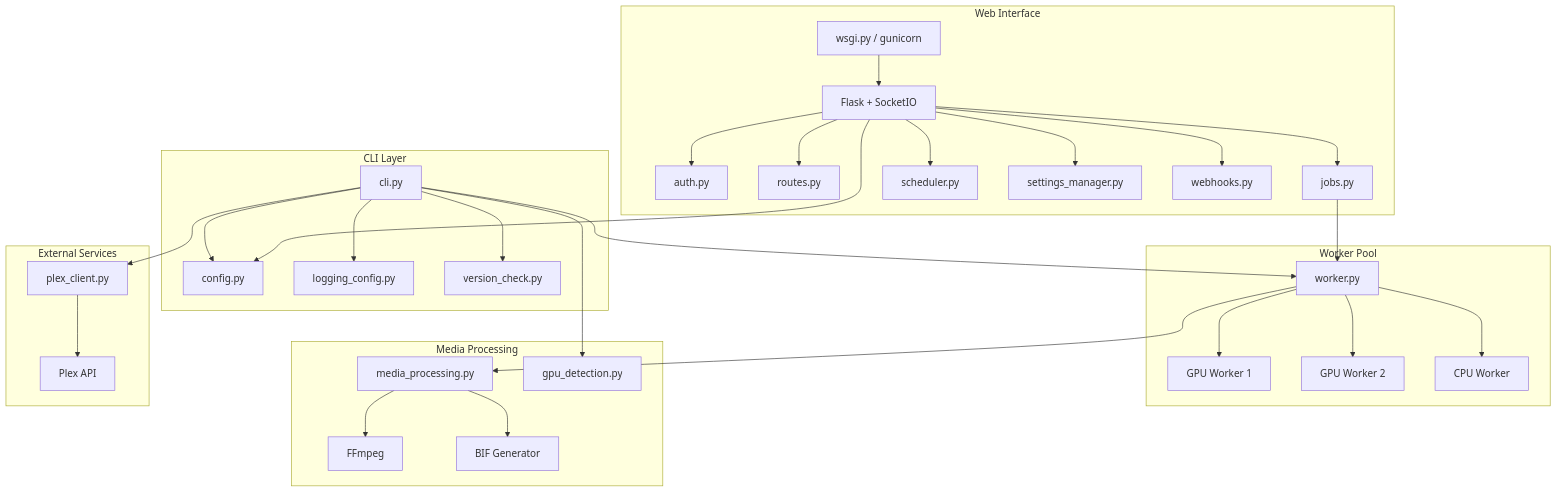
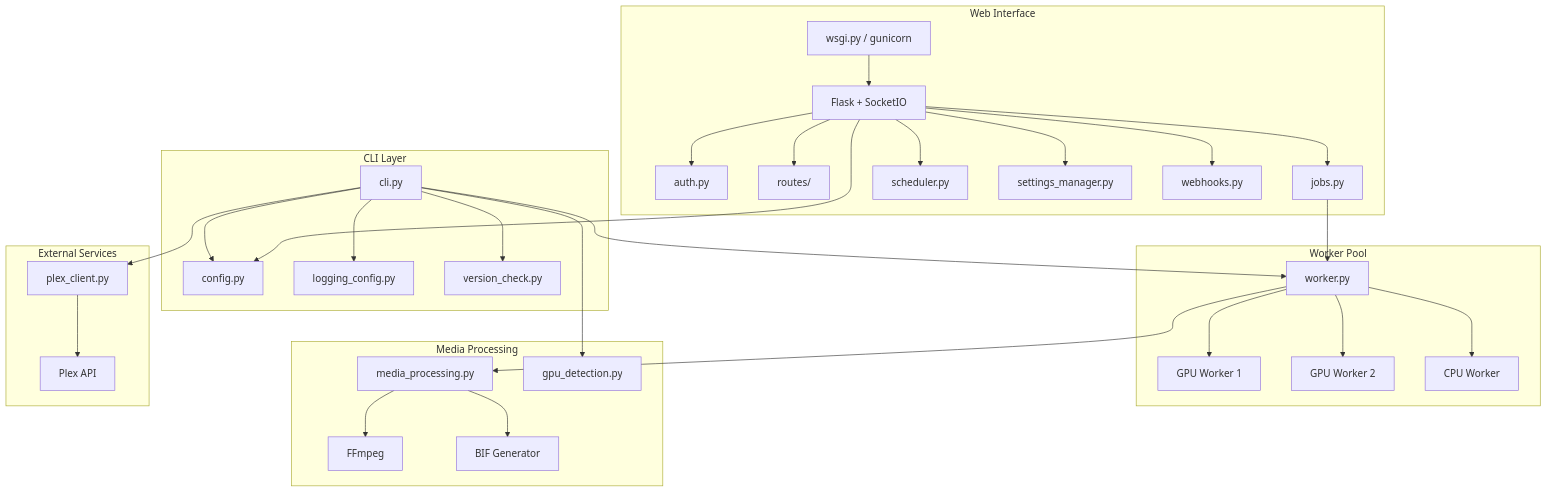
Before and after one commit to stevezau/plex_generate_vid_previews: the first of 3 diagrams in docs/README.md, drawn with Mermaid. The commit also changed 64 other files, not shown here.

````diff
--- a/docs/README.md
+++ b/docs/README.md
@@ -56,45 +56,45 @@
 ```mermaid
 graph TB
     subgraph CLI["CLI Layer"]
         A[cli.py] --> B[config.py]
         A --> C[logging_config.py]
         A --> VC[version_check.py]
     end
 
     subgraph Workers["Worker Pool"]
         D[worker.py]
         D --> E1[GPU Worker 1]
         D --> E2[GPU Worker 2]
         D --> E3[CPU Worker]
     end
 
     subgraph Processing["Media Processing"]
         F[media_processing.py]
         G[gpu_detection.py]
         F --> H[FFmpeg]
         F --> I[BIF Generator]
     end
 
     subgraph External["External Services"]
         J[Plex API]
         K[plex_client.py]
     end
 
     subgraph Web["Web Interface"]
         W[wsgi.py / gunicorn] --> L[Flask + SocketIO]
         L --> M[auth.py]
-        L --> R[routes.py]
+        L --> R["routes/"]
         L --> JM[jobs.py]
         L --> N[scheduler.py]
         L --> SM[settings_manager.py]
         L --> WH[webhooks.py]
     end
 
     A --> D
     A --> G
     D --> F
     K --> J
     A --> K
     L --> B
     JM --> D
 ```
````
